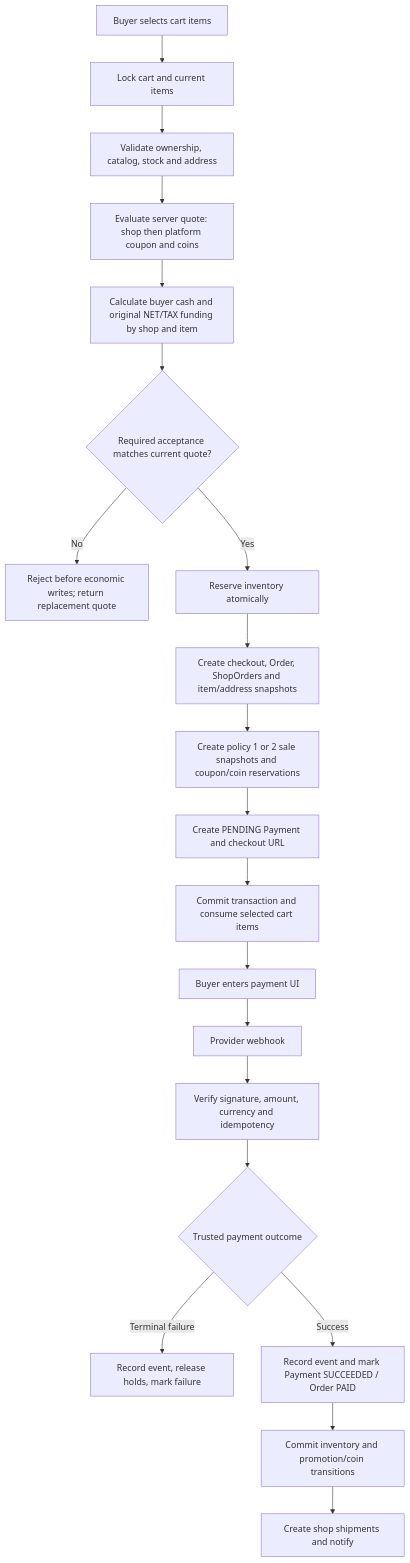
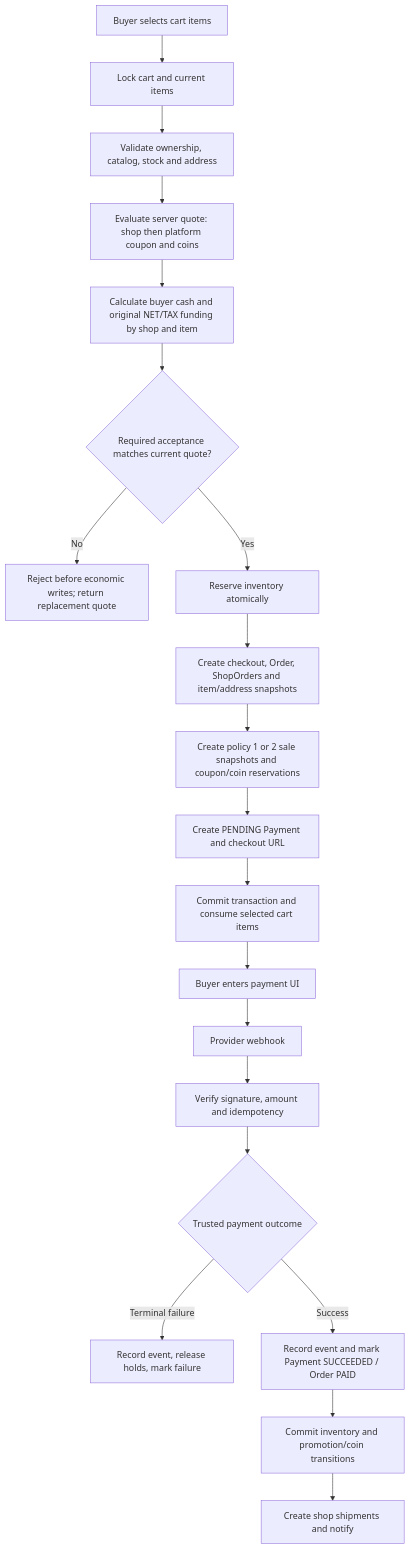
Before and after one commit to Ronnakornn/marketplace: the diagram in docs/checkout-flow.md, drawn with Mermaid. The commit also changed other lines of this file and 42 other files, not shown here.

````diff
--- a/docs/checkout-flow.md
+++ b/docs/checkout-flow.md
@@ -3,22 +3,22 @@
 ```mermaid
 flowchart TD
   A[Buyer selects cart items] --> B[Lock cart and current items]
   B --> C[Validate ownership, catalog, stock and address]
   C --> D[Evaluate server quote: shop then platform coupon and coins]
   D --> E[Calculate buyer cash and original NET/TAX funding by shop and item]
   E --> V{Required acceptance matches current quote?}
   V -- No --> X[Reject before economic writes; return replacement quote]
   V -- Yes --> F[Reserve inventory atomically]
   F --> G[Create checkout, Order, ShopOrders and item/address snapshots]
   G --> H[Create policy 1 or 2 sale snapshots and coupon/coin reservations]
   H --> I[Create PENDING Payment and checkout URL]
   I --> J[Commit transaction and consume selected cart items]
   J --> K[Buyer enters payment UI]
   K --> L[Provider webhook]
-  L --> M[Verify signature, amount, currency and idempotency]
+  L --> M[Verify signature, amount and idempotency]
   M --> N{Trusted payment outcome}
   N -- Terminal failure --> O[Record event, release holds, mark failure]
   N -- Success --> P[Record event and mark Payment SUCCEEDED / Order PAID]
   P --> Q[Commit inventory and promotion/coin transitions]
   Q --> R[Create shop shipments and notify]
 ```
````
